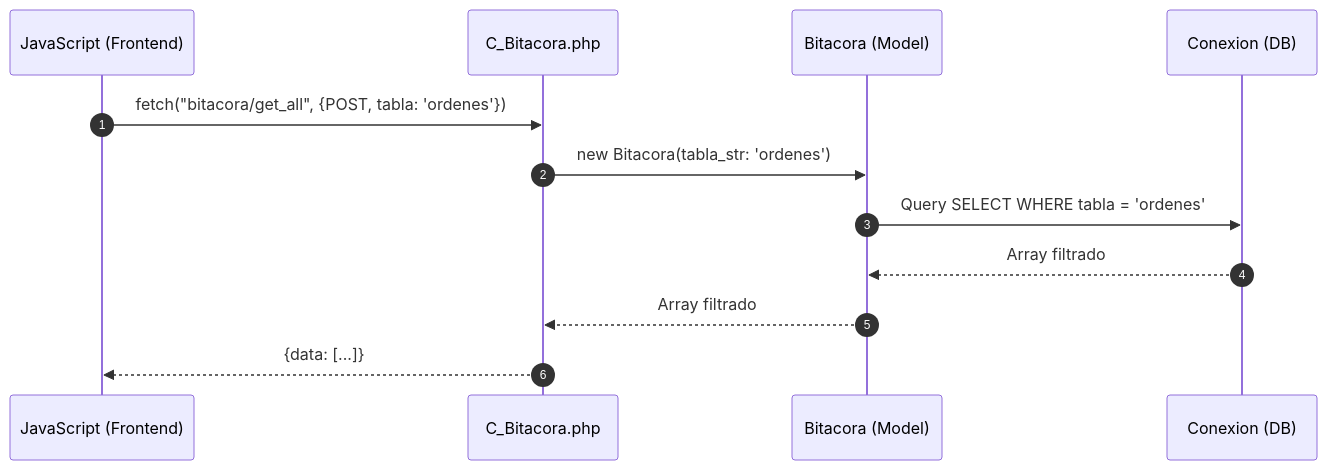
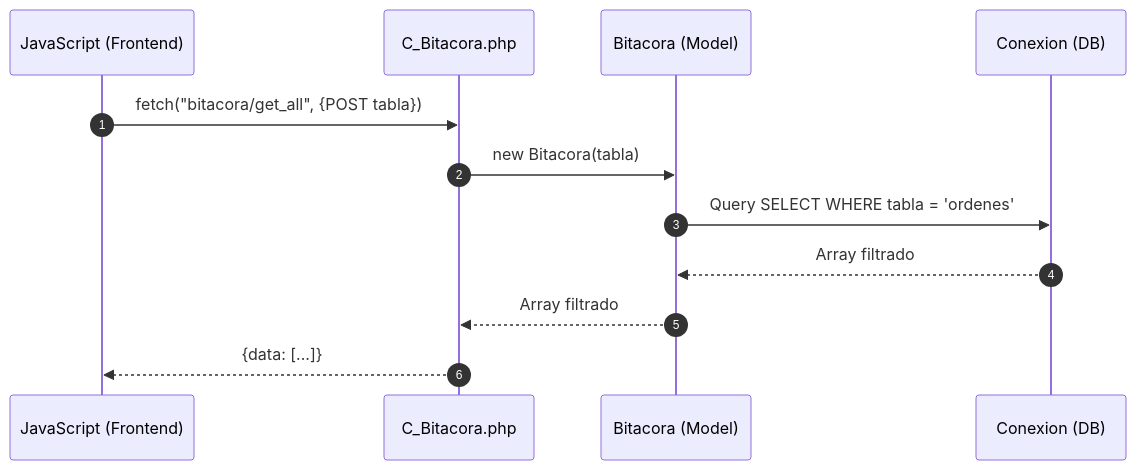
One commit to Tecrato/BurgerHouse changed the fourth of 4 diagrams in docs/secuencia/bitacora/bitacora.md. Above: the diagram before and after it, drawn with Mermaid. The commit also changed other lines of this file and 13 other files, not shown here.

Commit message:
diagramas de secuencia

````diff
--- a/docs/secuencia/bitacora/bitacora.md
+++ b/docs/secuencia/bitacora/bitacora.md
@@ -77,17 +71,17 @@
 ```mermaid
 sequenceDiagram
     autonumber
     participant JS as JavaScript (Frontend)
     participant C_Bitacora as C_Bitacora.php
     participant Bitacora as Bitacora (Model)
     participant DB as Conexion (DB)
     
-    JS->>C_Bitacora: fetch("bitacora/get_all", {POST, tabla: 'ordenes'})
+    JS->>C_Bitacora: fetch("bitacora/get_all", {POST tabla})
     
-    C_Bitacora->>Bitacora: new Bitacora(tabla_str: 'ordenes')
+    C_Bitacora->>Bitacora: new Bitacora(tabla)
     Bitacora->>DB: Query SELECT WHERE tabla = 'ordenes'
     DB-->>Bitacora: Array filtrado
     Bitacora-->>C_Bitacora: Array filtrado
     
     C_Bitacora-->>JS: {data: [...]}
 ```
````
